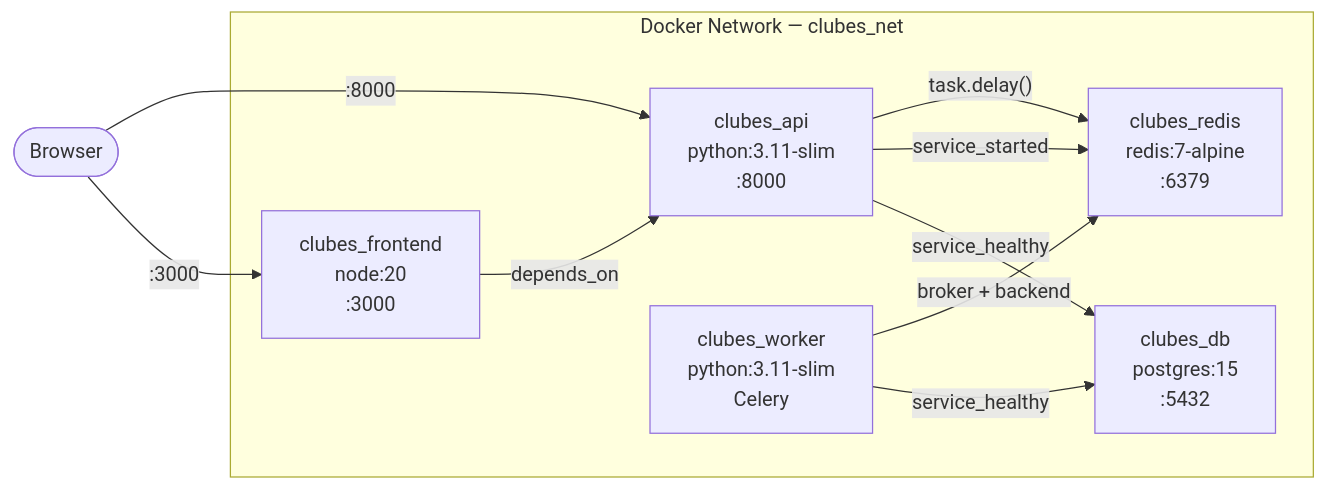
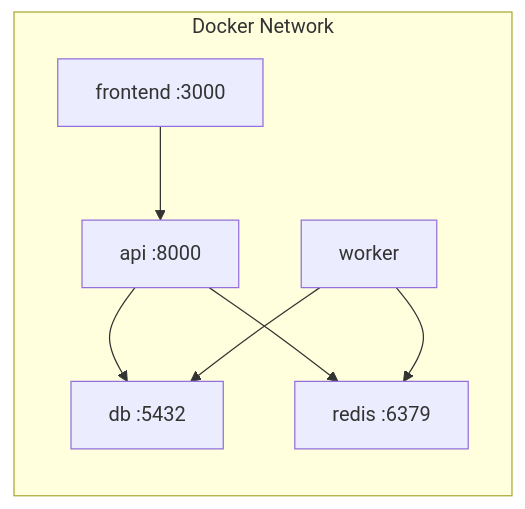
Diagram 11 of 11 in README.md (Wand-DenaXy/-Manueli-s-Clubes), drawn with Mermaid before and after one commit. The commit also changed other lines of this file and 4 other files, not shown here.

````diff
--- a/README.md
+++ b/README.md
@@ -1292,19 +755,14 @@
 ```mermaid
 graph LR
-    subgraph clubes_net [Docker Network — clubes_net]
-        DB["clubes_db<br/>postgres:15<br/>:5432"]
-        RD["clubes_redis<br/>redis:7-alpine<br/>:6379"]
-        API["clubes_api<br/>python:3.11-slim<br/>:8000"]
-        WK["clubes_worker<br/>python:3.11-slim<br/>Celery"]
-        FE["clubes_frontend<br/>node:20<br/>:3000"]
+    subgraph clubes_net [Docker Network]
+        DB["db :5432"]
+        RD["redis :6379"]
+        API["api :8000"]
+        WK["worker"]
+        FE["frontend :3000"]
     end
-
-    FE -->|depends_on| API
-    API -->|service_healthy| DB
-    API -->|service_started| RD
-    WK -->|service_healthy| DB
-    WK -->|broker + backend| RD
-    API -->|"task.delay()"| RD
-    Browser([Browser]) -->|:3000| FE
-    Browser -->|:8000| API
+    FE --> API --> DB
+    API --> RD
+    WK --> DB
+    WK --> RD
 ```
````
